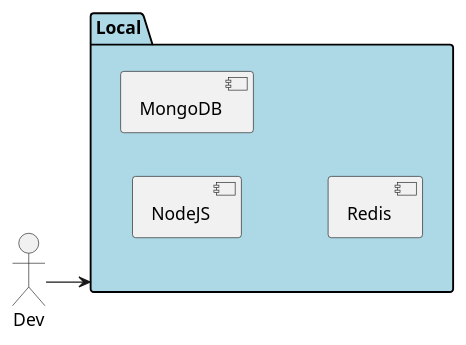
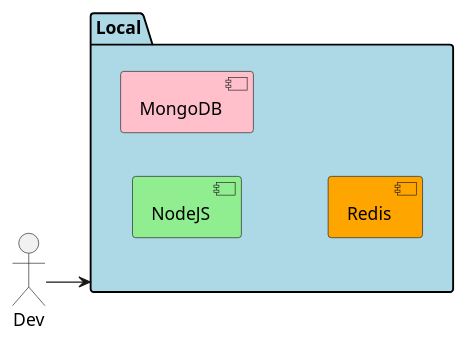
The diagram in docs/ApplicationsEnvironmentsLocal.puml (CAADE/C3), drawn with PlantUML before and after one commit. The commit also changed 397 other files, not shown here.

```diff
--- a/docs/ApplicationsEnvironmentsLocal.puml
+++ b/docs/ApplicationsEnvironmentsLocal.puml
@@ -1,13 +1,13 @@
 @startuml
 
 left to right direction
 Actor Dev
 
 package Local #lightblue {
-  component NodeJS
-  component MongoDB
-  component Redis
+  component NodeJS #lightgreen
+  component MongoDB #pink
+  component Redis #orange
 }
 
 Dev --> Local
 @enduml
```
